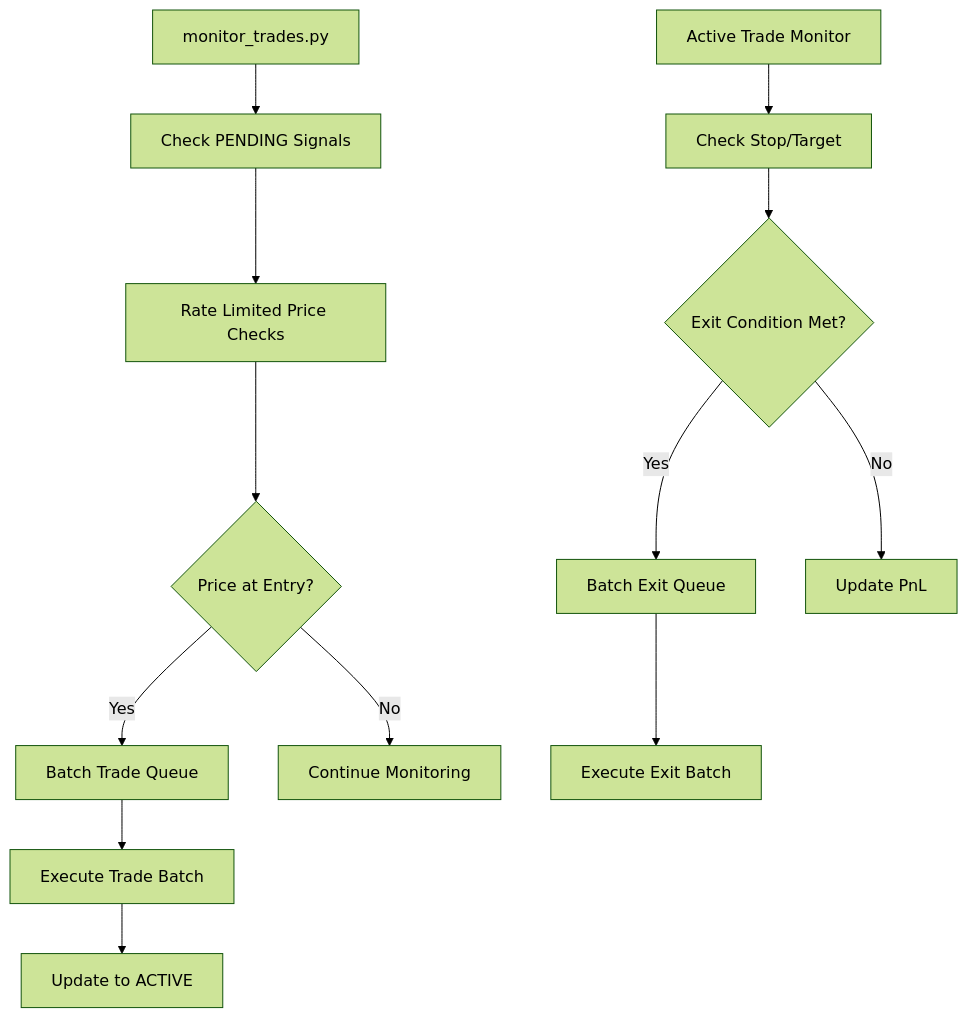
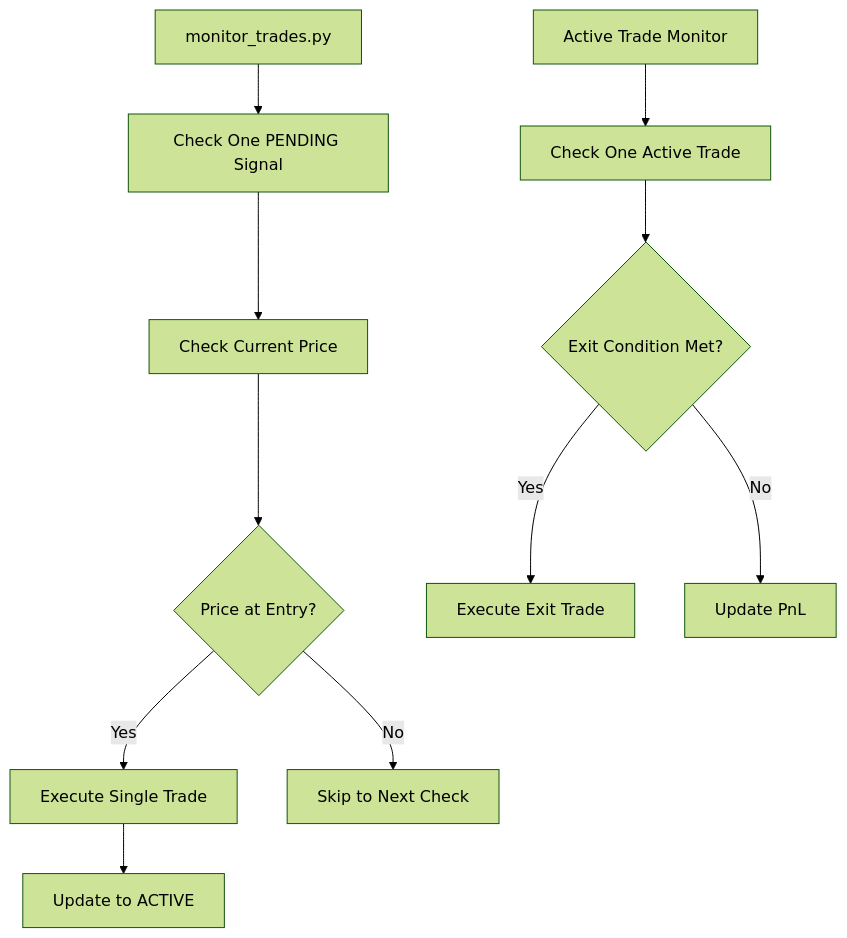
One commit to Universal-Basic-Compute/kinkong changed the second of 4 diagrams in knowledge/technical-flows.md. Above: the diagram before and after it, drawn with Mermaid (forest theme). The commit also changed other lines of this file, not shown here.

Commit message:
docs: Update technical flows to reflect sequential trade processing approach

````diff
--- a/knowledge/technical-flows.md
+++ b/knowledge/technical-flows.md
@@ -20,16 +20,14 @@
 ```mermaid
 graph TD
-    A[monitor_trades.py] --> B[Check PENDING Signals]
-    B --> C[Rate Limited Price Checks]
+    A[monitor_trades.py] --> B[Check One PENDING Signal]
+    B --> C[Check Current Price]
     C --> D{Price at Entry?}
-    D -->|Yes| E[Batch Trade Queue]
-    D -->|No| F[Continue Monitoring]
-    E --> G[Execute Trade Batch]
-    G --> H[Update to ACTIVE]
+    D -->|Yes| E[Execute Single Trade]
+    D -->|No| F[Skip to Next Check]
+    E --> G[Update to ACTIVE]
     
-    I[Active Trade Monitor] --> J[Check Stop/Target]
-    J --> K{Exit Condition Met?}
-    K -->|Yes| L[Batch Exit Queue]
-    K -->|No| M[Update PnL]
-    L --> N[Execute Exit Batch]
+    H[Active Trade Monitor] --> I[Check One Active Trade]
+    I --> J{Exit Condition Met?}
+    J -->|Yes| K[Execute Exit Trade]
+    J -->|No| L[Update PnL]
 ```
````
